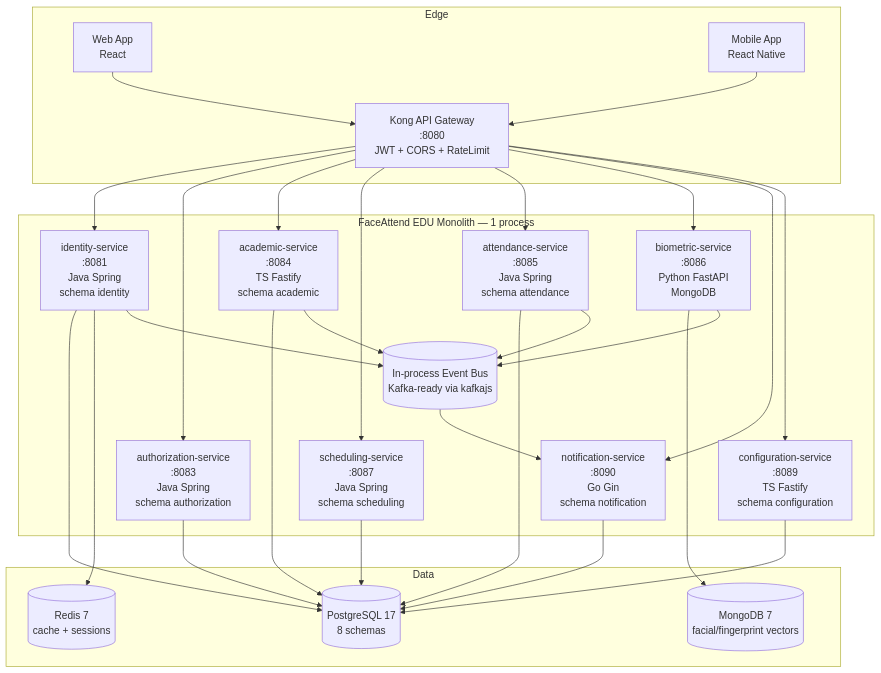
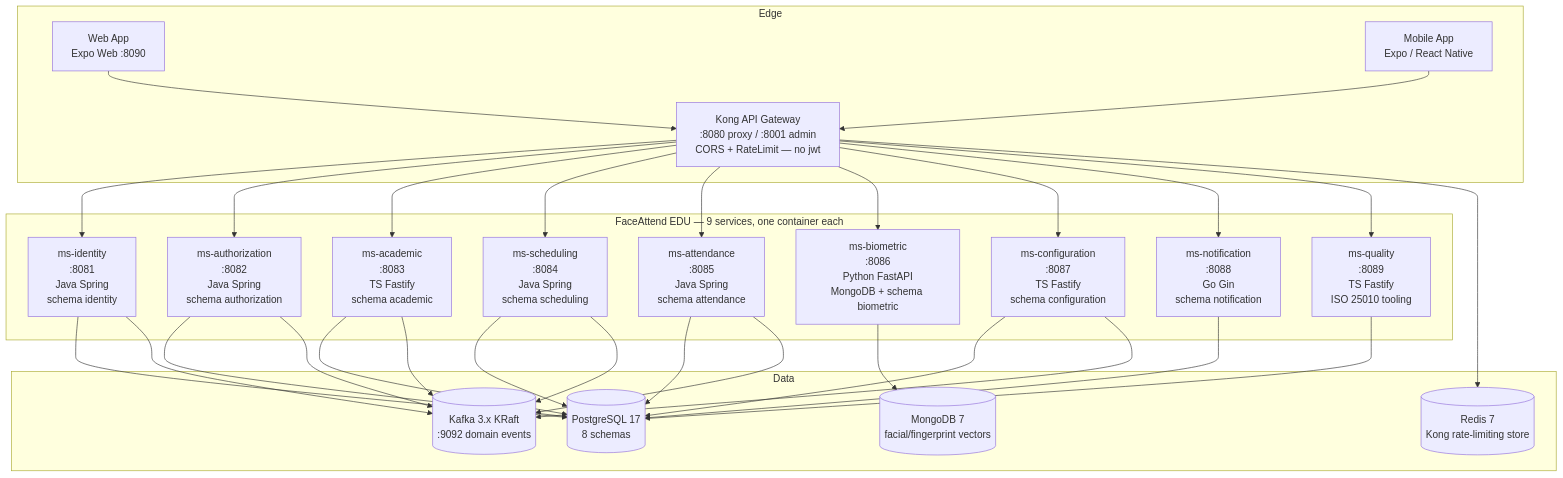
One commit to code-sena/fae-docs changed the second of 2 diagrams in 05-architecture/overview.md. Above: the diagram before and after it, drawn with Mermaid. The commit also changed other lines of this file and 108 other files, not shown here.

````diff
--- a/05-architecture/overview.md
+++ b/05-architecture/overview.md
@@ -46,48 +57,52 @@
 ```mermaid
 graph TB
   subgraph Edge
-    GW[Kong API Gateway<br/>:8080<br/>JWT + CORS + RateLimit]
-    WEB[Web App<br/>React]
-    MOB[Mobile App<br/>React Native]
+    GW[Kong API Gateway<br/>:8080 proxy / :8001 admin<br/>CORS + RateLimit — no jwt]
+    WEB[Web App<br/>Expo Web :8090]
+    MOB[Mobile App<br/>Expo / React Native]
   end
-  subgraph Monolith [FaceAttend EDU Monolith — 1 process]
-    ID[identity-service<br/>:8081<br/>Java Spring<br/>schema identity]
-    AZ[authorization-service<br/>:8083<br/>Java Spring<br/>schema authorization]
-    AC[academic-service<br/>:8084<br/>TS Fastify<br/>schema academic]
-    SC[scheduling-service<br/>:8087<br/>Java Spring<br/>schema scheduling]
-    AT[attendance-service<br/>:8085<br/>Java Spring<br/>schema attendance]
-    BM[biometric-service<br/>:8086<br/>Python FastAPI<br/>MongoDB]
-    NT[notification-service<br/>:8090<br/>Go Gin<br/>schema notification]
-    CF[configuration-service<br/>:8089<br/>TS Fastify<br/>schema configuration]
-    BUS[(In-process Event Bus<br/>Kafka-ready via kafkajs)]
+  subgraph Services [FaceAttend EDU — 9 services, one container each]
+    ID[ms-identity<br/>:8081<br/>Java Spring<br/>schema identity]
+    AZ[ms-authorization<br/>:8082<br/>Java Spring<br/>schema authorization]
+    AC[ms-academic<br/>:8083<br/>TS Fastify<br/>schema academic]
+    SC[ms-scheduling<br/>:8084<br/>Java Spring<br/>schema scheduling]
+    AT[ms-attendance<br/>:8085<br/>Java Spring<br/>schema attendance]
+    BM[ms-biometric<br/>:8086<br/>Python FastAPI<br/>MongoDB + schema biometric]
+    CF[ms-configuration<br/>:8087<br/>TS Fastify<br/>schema configuration]
+    NT[ms-notification<br/>:8088<br/>Go Gin<br/>schema notification]
+    QL[ms-quality<br/>:8089<br/>TS Fastify<br/>ISO 25010 tooling]
   end
   subgraph Data
     PG[(PostgreSQL 17<br/>8 schemas)]
     MG[(MongoDB 7<br/>facial/fingerprint vectors)]
-    RD[(Redis 7<br/>cache + sessions)]
+    RD[(Redis 7<br/>Kong rate-limiting store)]
+    KA[(Kafka 3.x KRaft<br/>:9092 domain events)]
   end
   WEB --> GW
   MOB --> GW
   GW --> ID
   GW --> AZ
   GW --> AC
   GW --> SC
   GW --> AT
   GW --> BM
+  GW --> CF
   GW --> NT
-  GW --> CF
+  GW --> QL
   ID --> PG
   AZ --> PG
   AC --> PG
   SC --> PG
   AT --> PG
   NT --> PG
   CF --> PG
+  QL --> PG
   BM --> MG
-  ID --> RD
-  ID --> BUS
-  AT --> BUS
-  AC --> BUS
-  BM --> BUS
-  BUS --> NT
+  GW --> RD
+  ID --> KA
+  AZ --> KA
+  AC --> KA
+  SC --> KA
+  AT --> KA
+  CF --> KA
 ```
````
